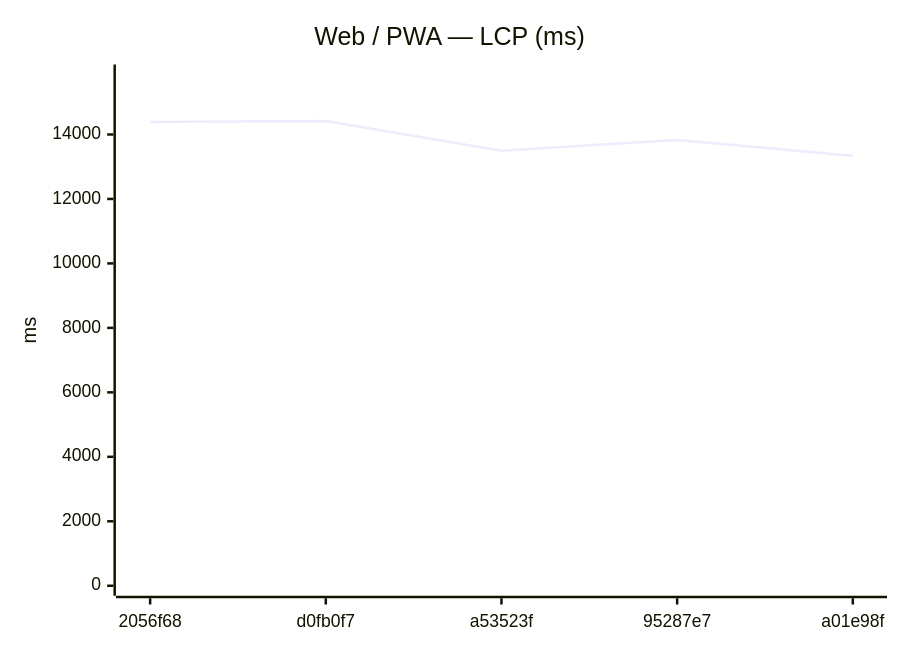
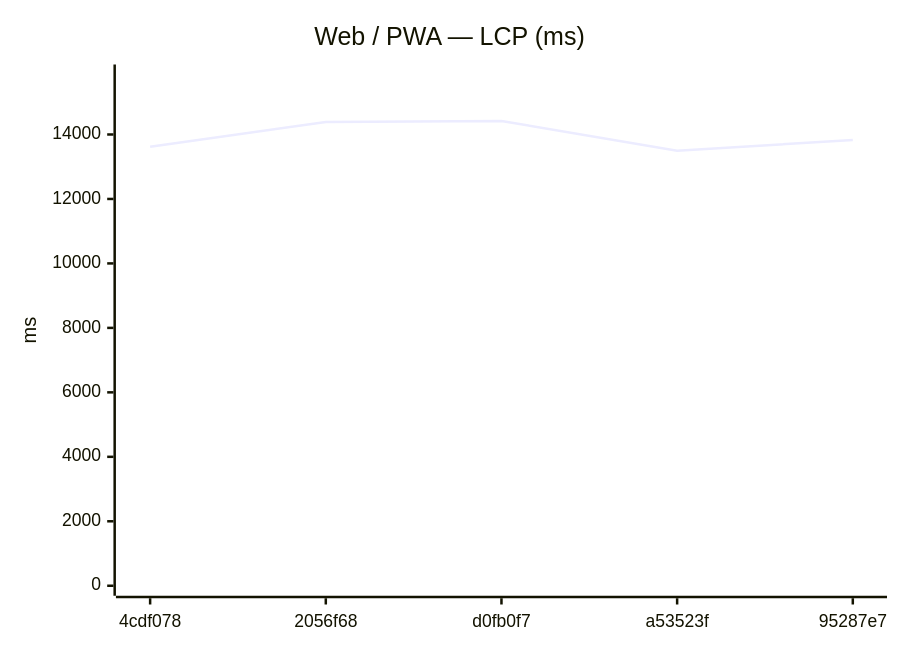
One commit to Metaheurist/Rianell changed the seventh of 18 diagrams in benchmarks/compare.md. Above: the diagram before and after it, drawn with Mermaid. The commit also changed other lines of this file and 11 other files, not shown here.

````diff
--- a/benchmarks/compare.md
+++ b/benchmarks/compare.md
@@ -117,7 +117,7 @@
 ```mermaid
 xychart-beta
     title "Web / PWA — LCP (ms)"
-    x-axis ["2056f68", "d0fb0f7", "a53523f", "95287e7", "a01e98f"]
+    x-axis ["4cdf078", "2056f68", "d0fb0f7", "a53523f", "95287e7"]
     y-axis "ms" 0 --> 15861
-    line [14386, 14419, 13497, 13828, 13339]
+    line [13617, 14386, 14419, 13497, 13828]
 ```
````
